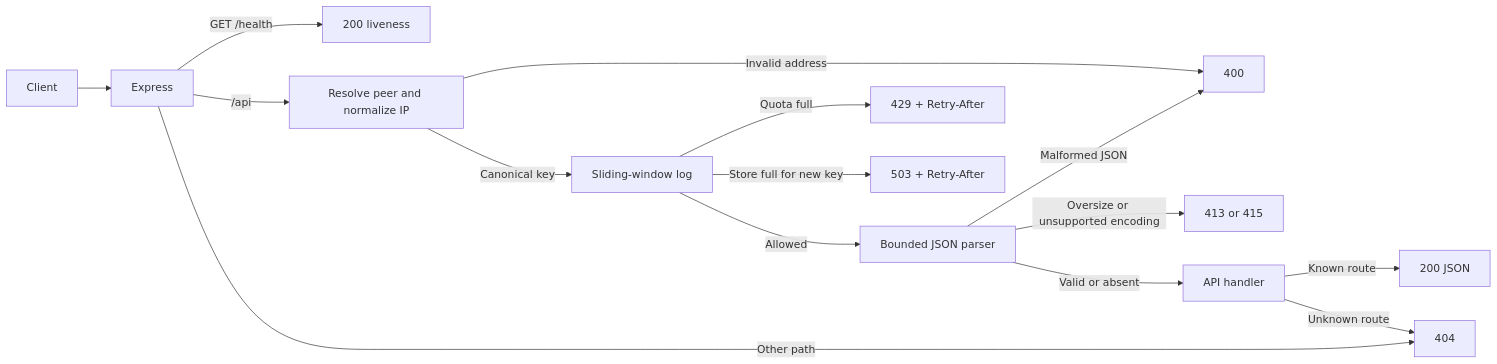
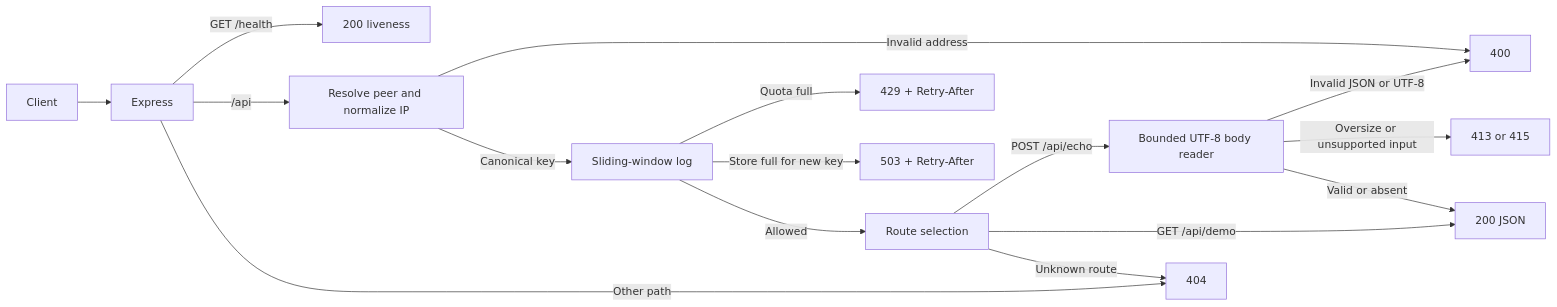
The diagram in docs/ARCHITECTURE.md (alirava56/IP-Sliding-Window-Rate-Limiter), drawn with Mermaid before and after one commit. The commit also changed other lines of this file and 13 other files, not shown here.

````diff
--- a/docs/ARCHITECTURE.md
+++ b/docs/ARCHITECTURE.md
@@ -3,17 +3,18 @@
 ```mermaid
 flowchart LR
   Client --> Express
   Express -->|GET /health| Health["200 liveness"]
   Express -->|/api| IP["Resolve peer and normalize IP"]
   Express -->|Other path| Missing["404"]
   IP -->|Invalid address| Bad["400"]
   IP -->|Canonical key| Limiter["Sliding-window log"]
   Limiter -->|Quota full| Limited["429 + Retry-After"]
   Limiter -->|Store full for new key| Capacity["503 + Retry-After"]
-  Limiter -->|Allowed| JSON["Bounded JSON parser"]
-  JSON -->|Malformed JSON| Bad
-  JSON -->|Oversize or unsupported encoding| Payload["413 or 415"]
-  JSON -->|Valid or absent| Handler["API handler"]
-  Handler -->|Known route| Success["200 JSON"]
+  Limiter -->|Allowed| Handler["Route selection"]
+  Handler -->|POST /api/echo| JSON["Bounded UTF-8 body reader"]
+  Handler -->|GET /api/demo| Success["200 JSON"]
   Handler -->|Unknown route| Missing
+  JSON -->|Invalid JSON or UTF-8| Bad
+  JSON -->|Oversize or unsupported input| Payload["413 or 415"]
+  JSON -->|Valid or absent| Success
 ```
````
